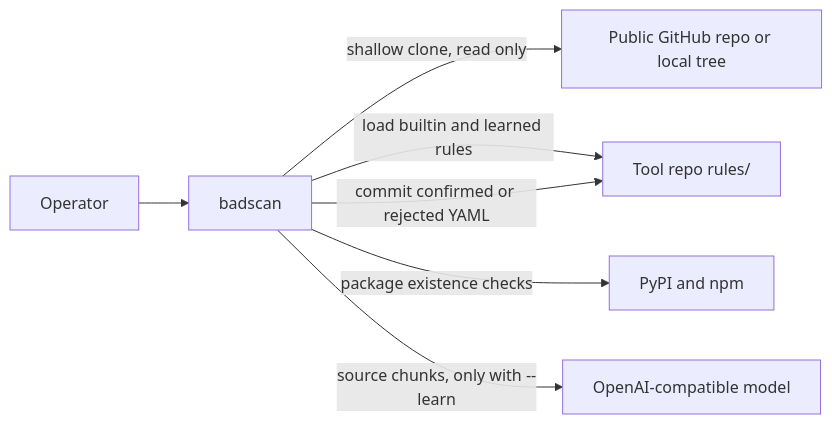
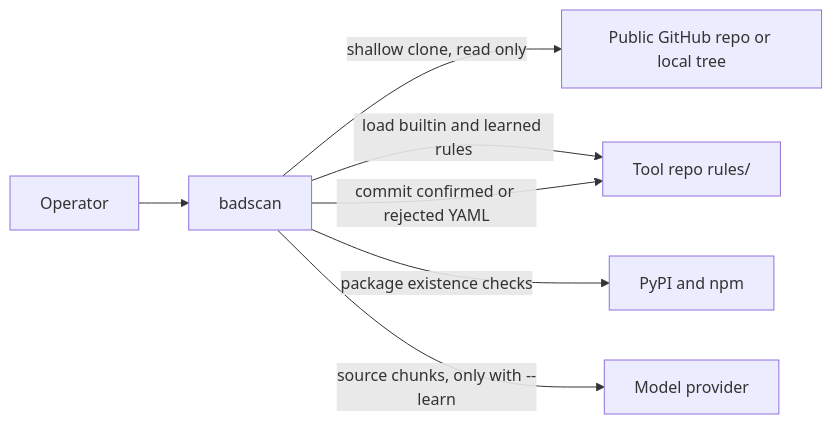
Before and after one commit to nunombispo/bad-code-patterns-scanner: the first of 4 diagrams in docs/architecture.md, drawn with Mermaid. The commit also changed other lines of this file, not shown here.

````diff
--- a/docs/architecture.md
+++ b/docs/architecture.md
@@ -11,16 +11,16 @@
 ```mermaid
 flowchart LR
   operator[Operator]
   cli[badscan]
   target[Public GitHub repo or local tree]
-  model[OpenAI-compatible model]
+  model[Model provider]
   registry[PyPI and npm]
   rules[Tool repo rules/]
 
   operator --> cli
   cli -->|shallow clone, read only| target
   cli -->|load builtin and learned rules| rules
   cli -->|commit confirmed or rejected YAML| rules
   cli -->|package existence checks| registry
   cli -->|source chunks, only with --learn| model
 ```
````
